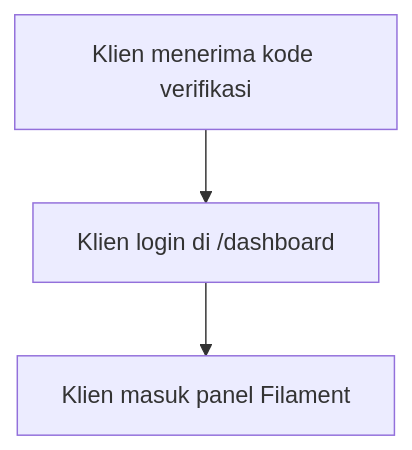
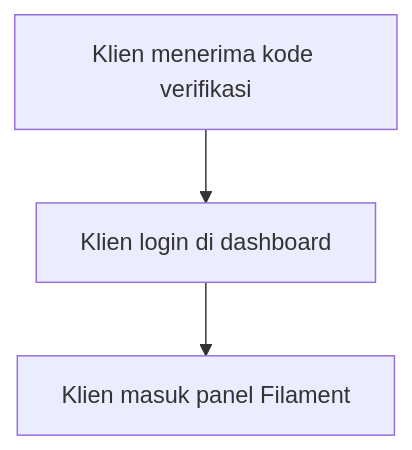
One commit to sindelarastechnology/Web-AturAtur changed the second of 6 diagrams in README.md. Above: the diagram before and after it, drawn with Mermaid. The commit also changed other lines of this file, not shown here.

````diff
--- a/README.md
+++ b/README.md
@@ -89,5 +90,5 @@
 ```mermaid
 flowchart TD
-  A[Klien menerima kode verifikasi] --> B[Klien login di /dashboard]
+  A[Klien menerima kode verifikasi] --> B[Klien login di dashboard]
   B --> C[Klien masuk panel Filament]
 ```
````
